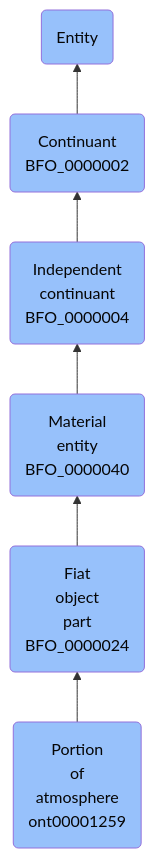
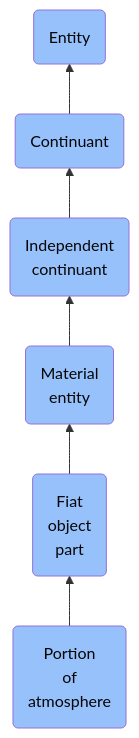
One commit to jupyter-naas/abi changed the diagram in docs/ontology/reference/model/Entity/Continuant/Independent continuant/Material entity/Fiat object part/Portion of atmosphere/Portion of atmosphere.md. Above: the diagram before and after it, drawn with Mermaid. The commit also changed other lines of this file and 1430 other files, not shown here.

````diff
--- a/docs/ontology/reference/model/Entity/Continuant/Independent continuant/Material entity/Fiat object part/Portion of atmosphere/Portion of atmosphere.md
+++ b/docs/ontology/reference/model/Entity/Continuant/Independent continuant/Material entity/Fiat object part/Portion of atmosphere/Portion of atmosphere.md
@@ -24,13 +24,13 @@
 ```mermaid
 graph BT
-    ont00001259(Portion<br>of<br>atmosphere<br>ont00001259):::BFO-->BFO_0000024
-    BFO_0000024(Fiat<br>object<br>part<br>BFO_0000024):::BFO-->BFO_0000040
-    BFO_0000040(Material<br>entity<br>BFO_0000040):::BFO-->BFO_0000004
-    BFO_0000004(Independent<br>continuant<br>BFO_0000004):::BFO-->BFO_0000002
-    BFO_0000002(Continuant<br>BFO_0000002):::BFO-->BFO_0000001
+    ont00001259(Portion<br>of<br>atmosphere):::BFO-->BFO_0000024
+    BFO_0000024(Fiat<br>object<br>part):::BFO-->BFO_0000040
+    BFO_0000040(Material<br>entity):::BFO-->BFO_0000004
+    BFO_0000004(Independent<br>continuant):::BFO-->BFO_0000002
+    BFO_0000002(Continuant):::BFO-->BFO_0000001
     BFO_0000001(Entity):::BFO
     
     classDef BFO fill:#97c1fb,color:#060606
     classDef CCO fill:#e4c51e,color:#060606
     classDef ABI fill:#48DD82,color:#060606
 ```
````
